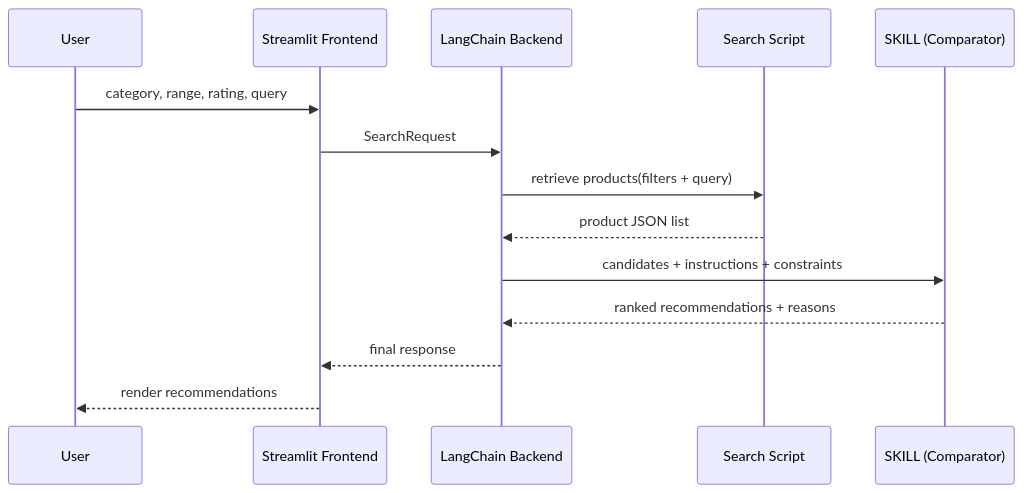
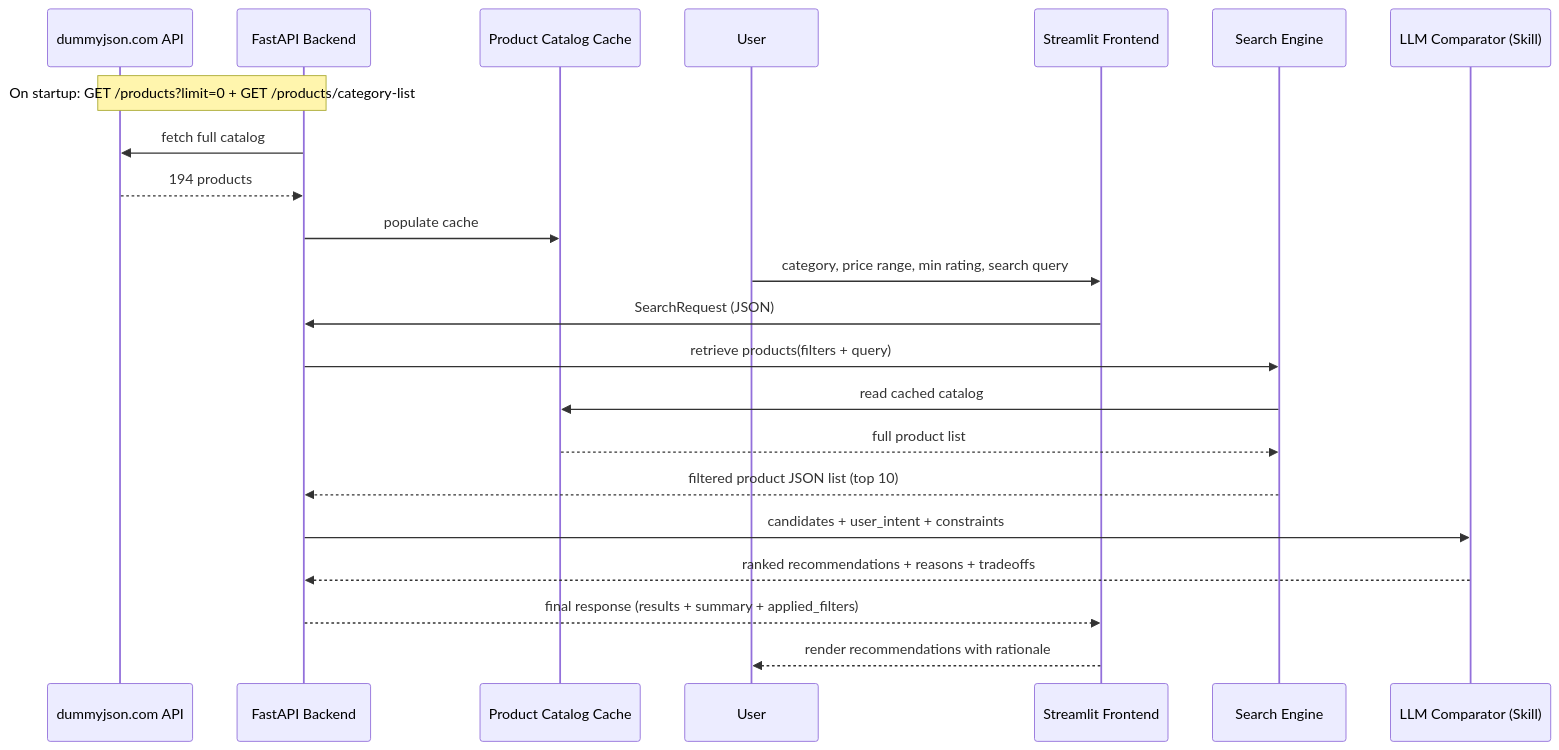
The diagram in arch.md (ArvindNandigam/Prodapt_AI_shopping_decision_assistant), drawn with Mermaid before and after one commit. The commit also changed other lines of this file and 3 other files, not shown here.

````diff
--- a/arch.md
+++ b/arch.md
@@ -117,17 +226,26 @@
 ```mermaid
 sequenceDiagram
+  participant DJ as dummyjson.com API
+  participant B as FastAPI Backend
+  participant C as Product Catalog Cache
   participant U as User
   participant F as Streamlit Frontend
-  participant B as LangChain Backend
-  participant S as Search Script
-  participant K as SKILL (Comparator)
+  participant S as Search Engine
+  participant K as LLM Comparator (Skill)
 
-  U->>F: category, range, rating, query
-  F->>B: SearchRequest
+  Note over B,DJ: On startup: GET /products?limit=0 + GET /products/category-list
+  B->>DJ: fetch full catalog
+  DJ-->>B: 194 products
+  B->>C: populate cache
+
+  U->>F: category, price range, min rating, search query
+  F->>B: SearchRequest (JSON)
   B->>S: retrieve products(filters + query)
-  S-->>B: product JSON list
-  B->>K: candidates + instructions + constraints
-  K-->>B: ranked recommendations + reasons
-  B-->>F: final response
-  F-->>U: render recommendations
+  S->>C: read cached catalog
+  C-->>S: full product list
+  S-->>B: filtered product JSON list (top 10)
+  B->>K: candidates + user_intent + constraints
+  K-->>B: ranked recommendations + reasons + tradeoffs
+  B-->>F: final response (results + summary + applied_filters)
+  F-->>U: render recommendations with rationale
 ```
````
